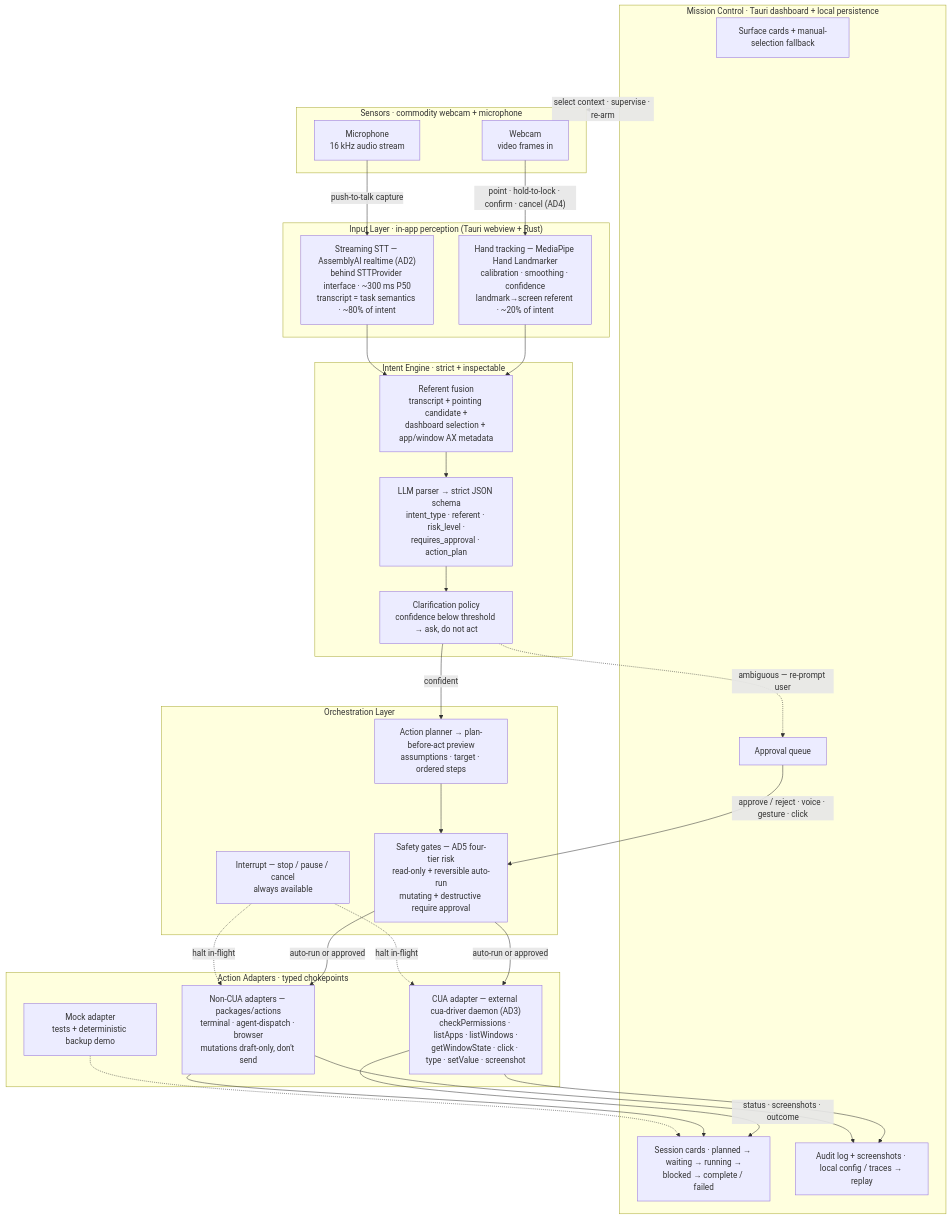
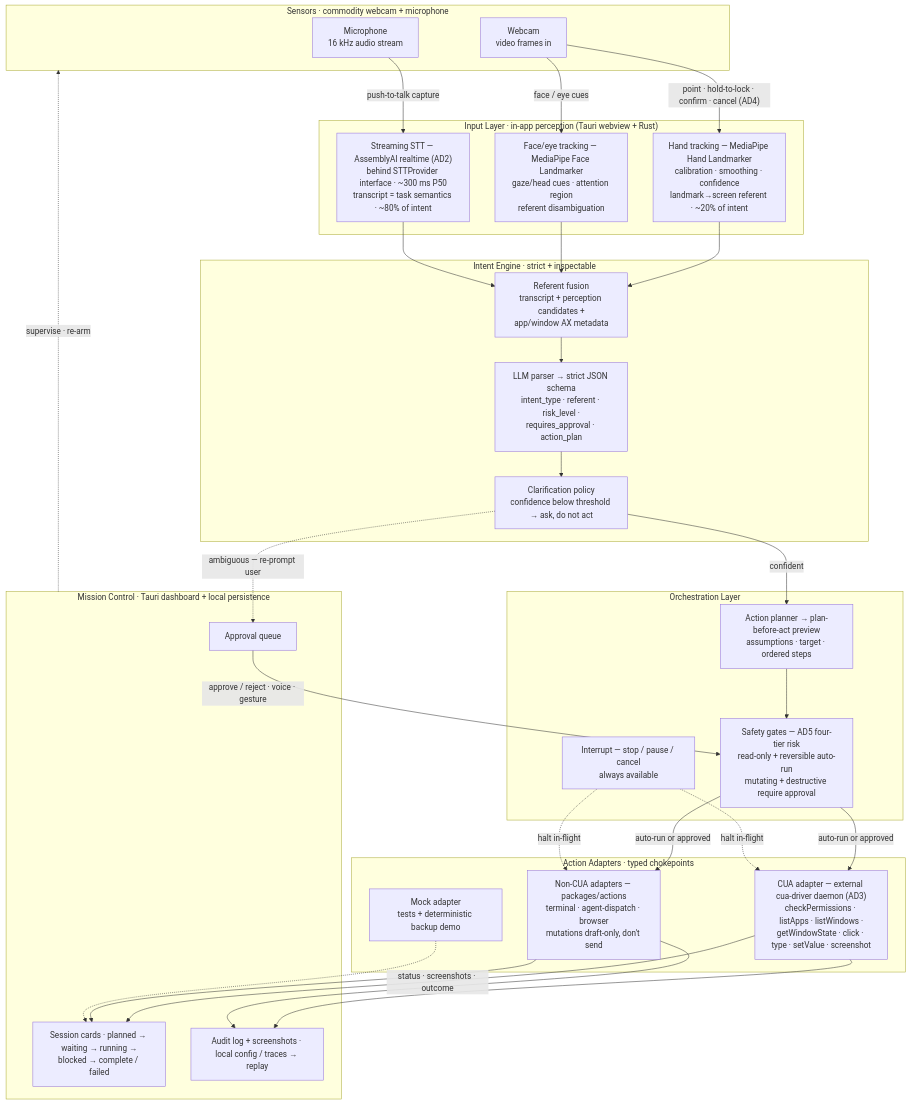
The diagram in FINAL_PLANNING.md (HandsOff-C5/HandsOff), drawn with Mermaid before and after one commit. The commit also changed other lines of this file and 4 other files, not shown here.

Commit message:
Remove dashboard manual selection path

````diff
--- a/FINAL_PLANNING.md
+++ b/FINAL_PLANNING.md
@@ -62,57 +62,59 @@
 ```mermaid
 flowchart TB
   subgraph Sensors["Sensors · commodity webcam + microphone"]
     Cam["Webcam<br/>video frames in"]
     Mic["Microphone<br/>16 kHz audio stream"]
   end
 
   subgraph Input["Input Layer · in-app perception (Tauri webview + Rust)"]
     Hand["Hand tracking — MediaPipe Hand Landmarker<br/>calibration · smoothing · confidence<br/>landmark→screen referent · ~20% of intent"]
+    FaceEye["Face/eye tracking — MediaPipe Face Landmarker<br/>gaze/head cues · attention region<br/>referent disambiguation"]
     STT["Streaming STT — AssemblyAI realtime (AD2)<br/>behind STTProvider interface · ~300 ms P50<br/>transcript = task semantics · ~80% of intent"]
   end
 
   subgraph Intent["Intent Engine · strict + inspectable"]
-    Fuse["Referent fusion<br/>transcript + pointing candidate +<br/>dashboard selection + app/window AX metadata"]
+    Fuse["Referent fusion<br/>transcript + perception candidates +<br/>app/window AX metadata"]
     Schema["LLM parser → strict JSON schema<br/>intent_type · referent · risk_level ·<br/>requires_approval · action_plan"]
     Clar["Clarification policy<br/>confidence below threshold → ask, do not act"]
   end
 
   subgraph Orch["Orchestration Layer"]
     Plan["Action planner → plan-before-act preview<br/>assumptions · target · ordered steps"]
     Gate["Safety gates — AD5 four-tier risk<br/>read-only + reversible auto-run<br/>mutating + destructive require approval"]
     Int["Interrupt — stop / pause / cancel<br/>always available"]
   end
 
   subgraph Act["Action Adapters · typed chokepoints"]
     CUA["CUA adapter — external cua-driver daemon (AD3)<br/>checkPermissions · listApps · listWindows ·<br/>getWindowState · click · type · setValue · screenshot"]
     Other["Non-CUA adapters — packages/actions<br/>terminal · agent-dispatch · browser<br/>mutations draft-only, don't send"]
     Mock["Mock adapter<br/>tests + deterministic backup demo"]
   end
 
   subgraph Super["Mission Control · Tauri dashboard + local persistence"]
-    Surf["Surface cards + manual-selection fallback"]
     Sess["Session cards · planned → waiting → running →<br/>blocked → complete / failed"]
     Appr["Approval queue"]
     Audit["Audit log + screenshots · local config / traces → replay"]
   end
 
   Cam -->|"point · hold-to-lock · confirm · cancel (AD4)"| Hand
+  Cam -->|"face / eye cues"| FaceEye
   Mic -->|"push-to-talk capture"| STT
   Hand --> Fuse
+  FaceEye --> Fuse
   STT --> Fuse
   Fuse --> Schema --> Clar
   Clar -->|"confident"| Plan
   Clar -.->|"ambiguous — re-prompt user"| Appr
   Plan --> Gate
-  Appr -->|"approve / reject · voice · gesture · click"| Gate
+  Appr -->|"approve / reject · voice · gesture"| Gate
   Gate -->|"auto-run or approved"| CUA
   Gate -->|"auto-run or approved"| Other
   CUA -->|"status · screenshots · outcome"| Sess
   Other --> Sess
   Mock -.-> Sess
   CUA --> Audit
   Other --> Audit
   Int -.->|"halt in-flight"| CUA
   Int -.->|"halt in-flight"| Other
-  Super -. "select context · supervise · re-arm" .-> Sensors
+  Super -. "supervise · re-arm" .-> Sensors
 ```
````
